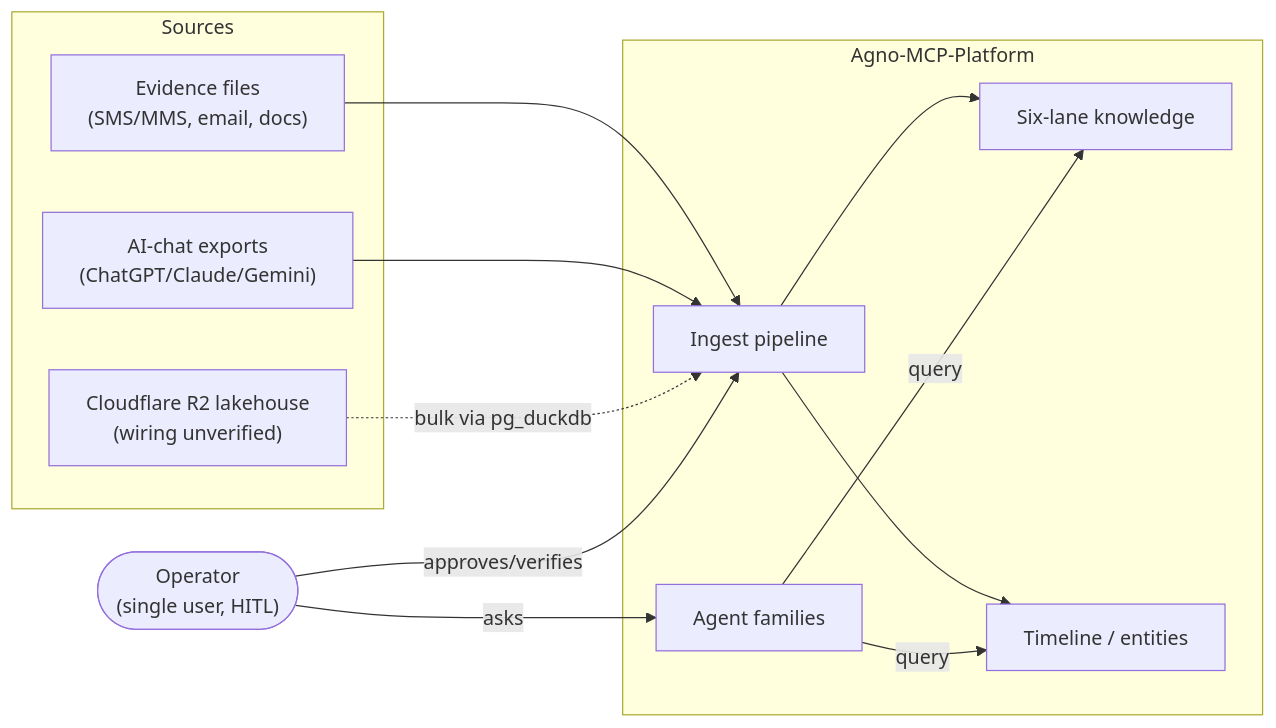
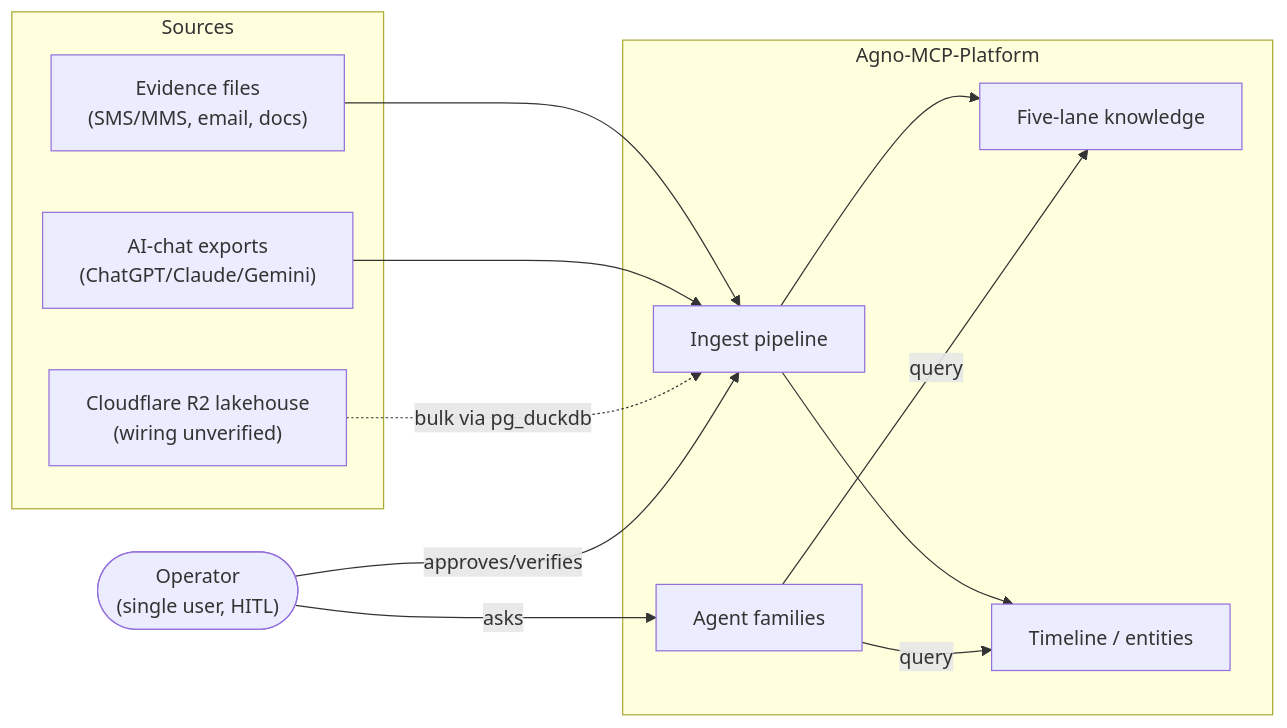
Before and after one commit to Cursedpotential/mcp-platform-agno-mvp: the first of 4 diagrams in docs/blueprint/architecture.md, drawn with Mermaid. The commit also changed other lines of this file and 48 other files, not shown here.

````diff
--- a/docs/blueprint/architecture.md
+++ b/docs/blueprint/architecture.md
@@ -13,25 +14,25 @@
 ```mermaid
 flowchart LR
     subgraph Sources
       EV["Evidence files<br/>(SMS/MMS, email, docs)"]
       AC["AI-chat exports<br/>(ChatGPT/Claude/Gemini)"]
       R2["Cloudflare R2 lakehouse<br/>(wiring unverified)"]
       %% UNVERIFIED: R2 -> PG/DuckDB wiring is owner-stated, not confirmed in code
     end
     OP(["Operator<br/>(single user, HITL)"])
     subgraph Platform["Agno-MCP-Platform"]
       ING["Ingest pipeline"]
-      KB["Six-lane knowledge"]
+      KB["Five-lane knowledge"]
       TL["Timeline / entities"]
       AG["Agent families"]
     end
     EV --> ING
     AC --> ING
     R2 -. bulk via pg_duckdb .-> ING
     ING --> KB
     ING --> TL
     OP -- approves/verifies --> ING
     AG -- query --> KB
     AG -- query --> TL
     OP -- asks --> AG
 ```
````
